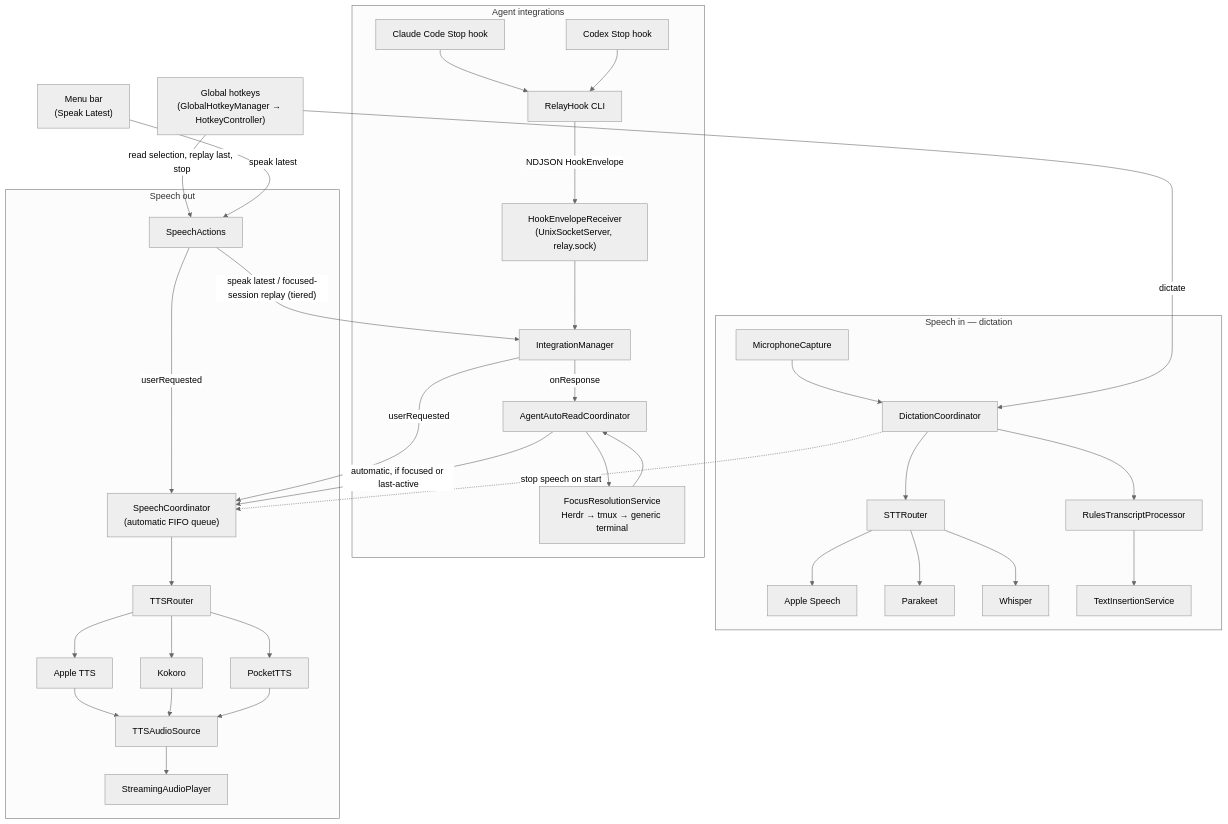
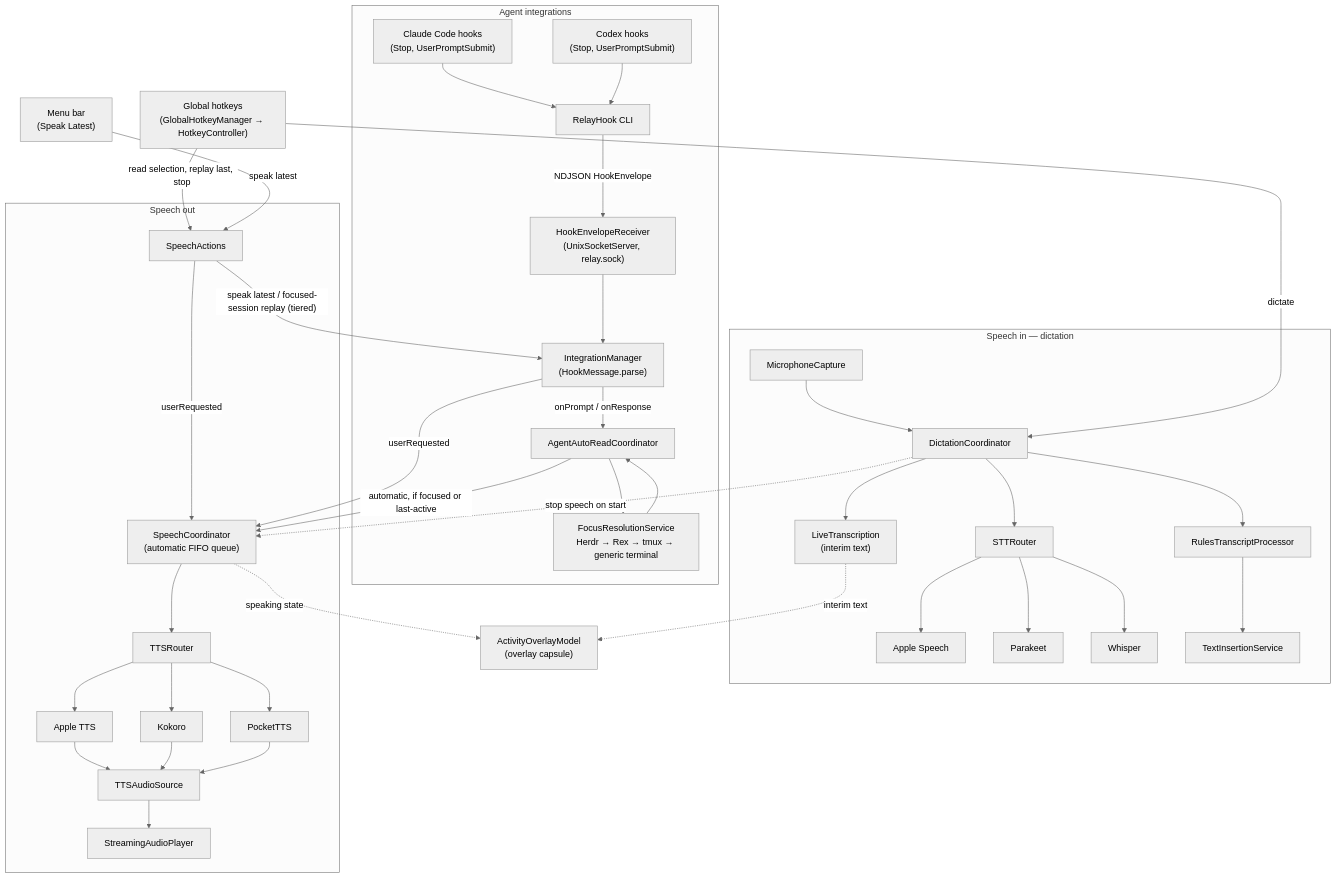
One commit to cupsadarius/relay changed the third of 5 diagrams in README.md. Above: the diagram before and after it, drawn with Mermaid (neutral theme). The commit also changed other lines of this file, not shown here.

Commit message:
docs(readme): update the architecture diagrams after the cleanup
The diagrams still showed the removed integration types, left out Rex focus and the prompt hook, and named the old backend engines.

````diff
--- a/README.md
+++ b/README.md
@@ -69,67 +69,73 @@
 ```mermaid
 flowchart TD
     Hotkeys["Global hotkeys<br/>(GlobalHotkeyManager → HotkeyController)"]
     MenuBar["Menu bar<br/>(Speak Latest)"]
 
     subgraph SpeechIn["Speech in — dictation"]
         Dictation[DictationCoordinator]
         Mic[MicrophoneCapture]
         STT[STTRouter]
         AppleSpeech[Apple Speech]
         Parakeet[Parakeet]
         Whisper[Whisper]
+        Live["LiveTranscription<br/>(interim text)"]
         Rules[RulesTranscriptProcessor]
         Insert[TextInsertionService]
         Mic --> Dictation
+        Dictation --> Live
         Dictation --> STT
         STT --> AppleSpeech
         STT --> Parakeet
         STT --> Whisper
         Dictation --> Rules --> Insert
     end
 
     subgraph Agents["Agent integrations"]
-        Claude["Claude Code Stop hook"]
-        Codex["Codex Stop hook"]
+        Claude["Claude Code hooks<br/>(Stop, UserPromptSubmit)"]
+        Codex["Codex hooks<br/>(Stop, UserPromptSubmit)"]
         Hook["RelayHook CLI"]
         Receiver["HookEnvelopeReceiver<br/>(UnixSocketServer, relay.sock)"]
-        Manager[IntegrationManager]
+        Manager["IntegrationManager<br/>(HookMessage.parse)"]
         AutoRead[AgentAutoReadCoordinator]
-        Focus["FocusResolutionService<br/>Herdr → tmux → generic terminal"]
+        Focus["FocusResolutionService<br/>Herdr → Rex → tmux → generic terminal"]
         Claude --> Hook
         Codex --> Hook
         Hook -->|"NDJSON HookEnvelope"| Receiver
         Receiver --> Manager
-        Manager -->|"onResponse"| AutoRead
+        Manager -->|"onPrompt / onResponse"| AutoRead
         AutoRead --> Focus
         Focus --> AutoRead
     end
 
     subgraph SpeechOut["Speech out"]
         Actions[SpeechActions]
         Coord["SpeechCoordinator<br/>(automatic FIFO queue)"]
         TTS[TTSRouter]
         AppleTTS[Apple TTS]
         Kokoro[Kokoro]
         PocketTTS[PocketTTS]
         Source[TTSAudioSource]
         Player[StreamingAudioPlayer]
         Coord --> TTS
         TTS --> AppleTTS
         TTS --> Kokoro
         TTS --> PocketTTS
         AppleTTS --> Source
         Kokoro --> Source
         PocketTTS --> Source
         Source --> Player
     end
 
+    Overlay["ActivityOverlayModel<br/>(overlay capsule)"]
+    Live -.->|"interim text"| Overlay
+    Coord -.->|"speaking state"| Overlay
+
     Hotkeys -->|"dictate"| Dictation
     Hotkeys -->|"read selection, replay last, stop"| Actions
     MenuBar -->|"speak latest"| Actions
     Actions -->|"userRequested"| Coord
     Actions -->|"speak latest / focused-session replay (tiered)"| Manager
     Manager -->|"userRequested"| Coord
     AutoRead -->|"automatic, if focused or last-active"| Coord
     Dictation -.->|"stop speech on start"| Coord
 ```
````
